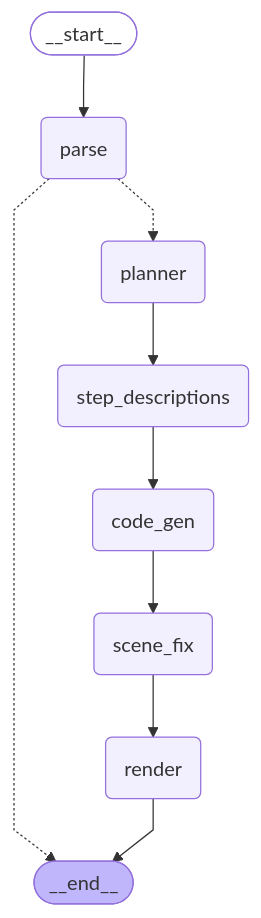
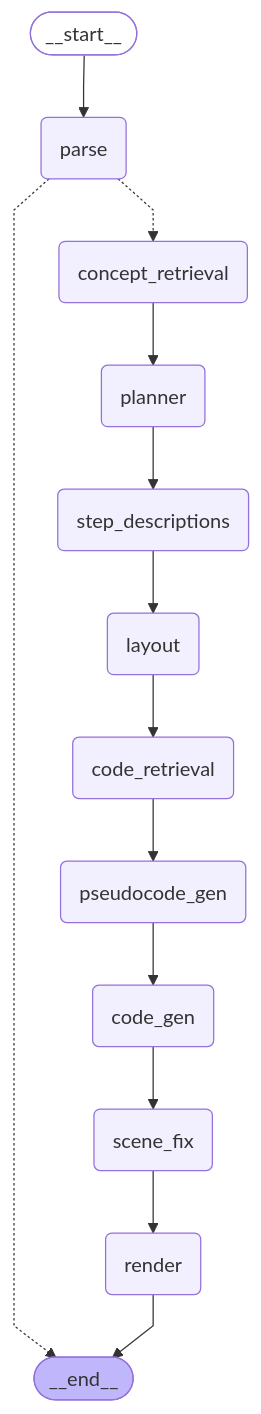
Before and after one commit to hongyik/LLM2Manim: the diagram in structure_graph/pipeline_graph.md, drawn with Mermaid. The commit also changed 14 other files, not shown here.

Commit message:
update structure graph and readme file; update pseudocode node

````diff
--- a/structure_graph/pipeline_graph.md
+++ b/structure_graph/pipeline_graph.md
@@ -5,27 +5,35 @@
 ```mermaid
 ---
 config:
   flowchart:
     curve: linear
 ---
 graph TD;
 	__start__([<p>__start__</p>]):::first
 	parse(parse)
+	concept_retrieval(concept_retrieval)
 	planner(planner)
 	step_descriptions(step_descriptions)
+	layout(layout)
+	code_retrieval(code_retrieval)
+	pseudocode_gen(pseudocode_gen)
 	code_gen(code_gen)
 	scene_fix(scene_fix)
 	render(render)
 	__end__([<p>__end__</p>]):::last
 	__start__ --> parse;
 	code_gen --> scene_fix;
+	code_retrieval --> pseudocode_gen;
+	concept_retrieval --> planner;
+	layout --> code_retrieval;
 	parse -.-> __end__;
-	parse -.-> planner;
+	parse -.-> concept_retrieval;
 	planner --> step_descriptions;
+	pseudocode_gen --> code_gen;
 	scene_fix --> render;
-	step_descriptions --> code_gen;
+	step_descriptions --> layout;
 	render --> __end__;
 	classDef default fill:#f2f0ff,line-height:1.2
 	classDef first fill-opacity:0
 	classDef last fill:#bfb6fc
 ```
````
